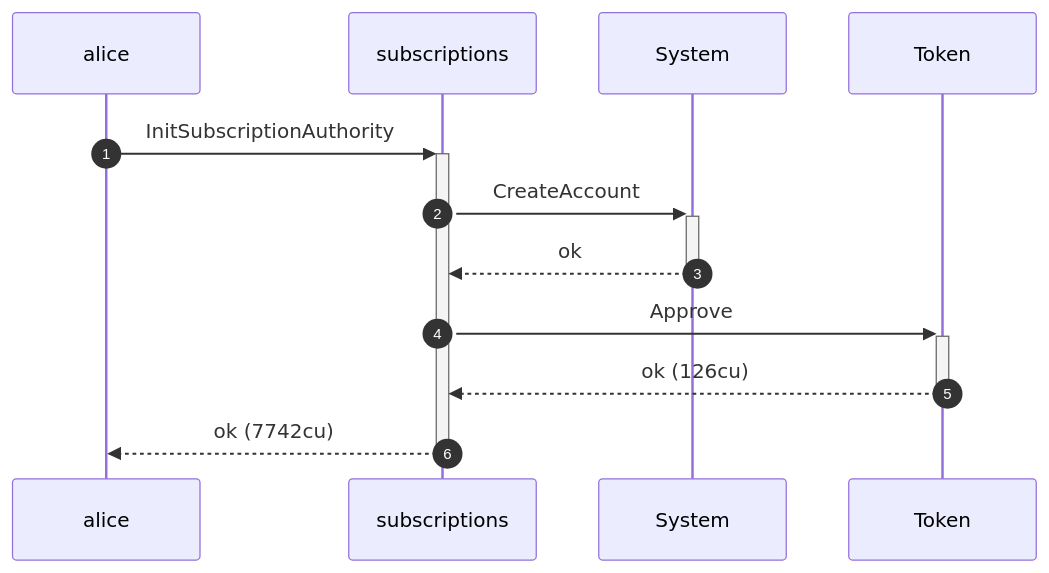
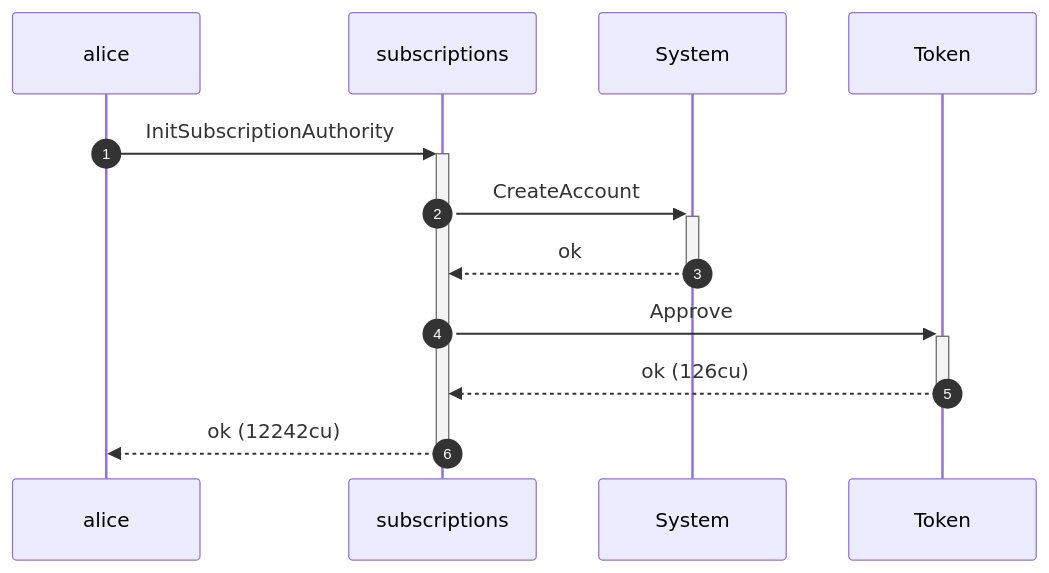
Before and after one commit to cds-rs/subscriptions: the second of 4 diagrams in dsl_tests/reject-an-ata---mint-mismatch.md, drawn with Mermaid. The commit also changed other lines of this file and 224 other files, not shown here.

````diff
--- a/dsl_tests/reject-an-ata---mint-mismatch.md
+++ b/dsl_tests/reject-an-ata---mint-mismatch.md
@@ -38,14 +39,14 @@
 ```mermaid
 sequenceDiagram
     autonumber
     participant alice
     participant subscriptions
     participant System
     participant Token
     alice ->>+ subscriptions: InitSubscriptionAuthority
     subscriptions ->>+ System: CreateAccount
     System -->>- subscriptions: ok
     subscriptions ->>+ Token: Approve
     Token -->>- subscriptions: ok (126cu)
-    subscriptions -->>- alice: ok (7742cu)
+    subscriptions -->>- alice: ok (12242cu)
 ```
````
